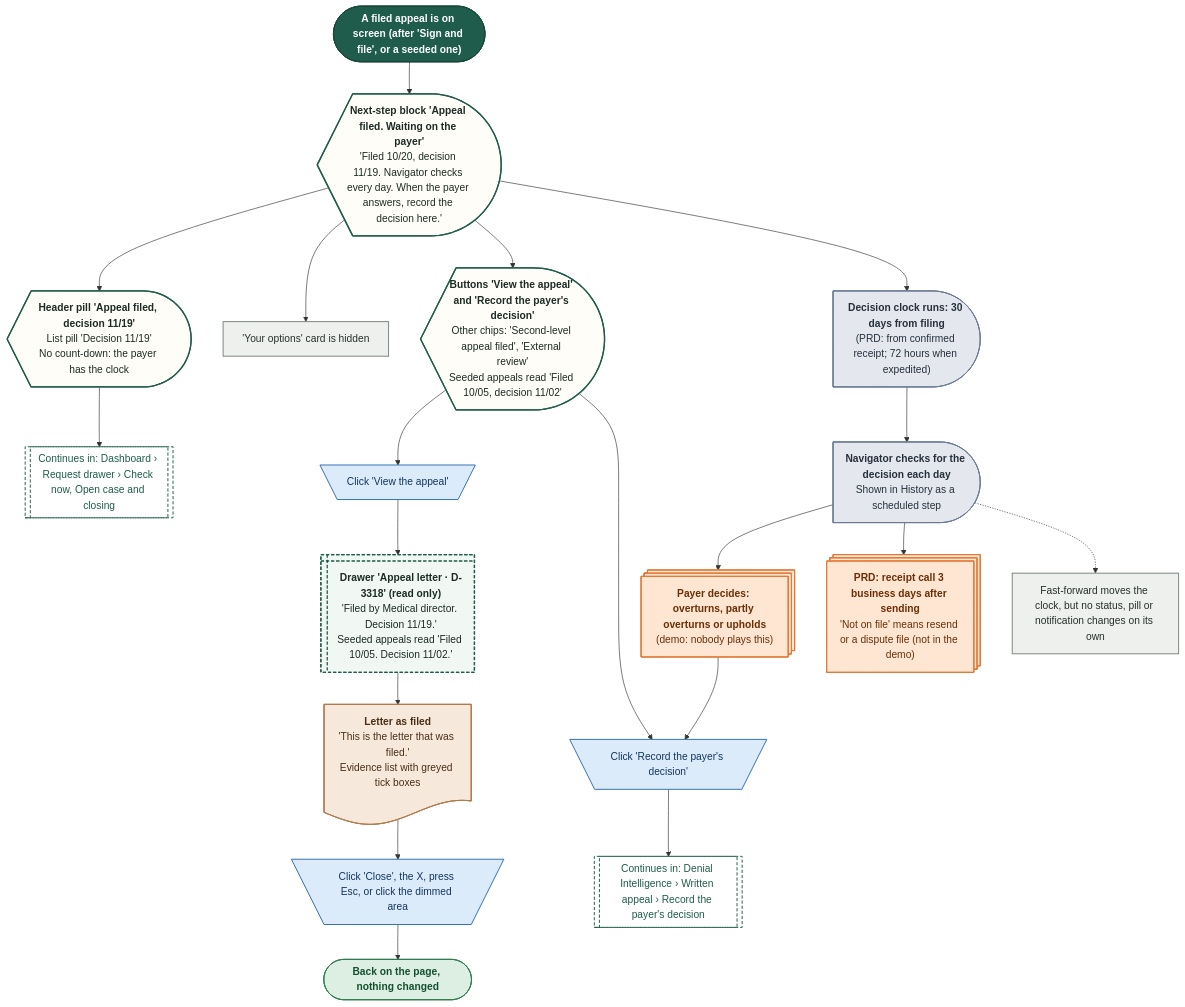
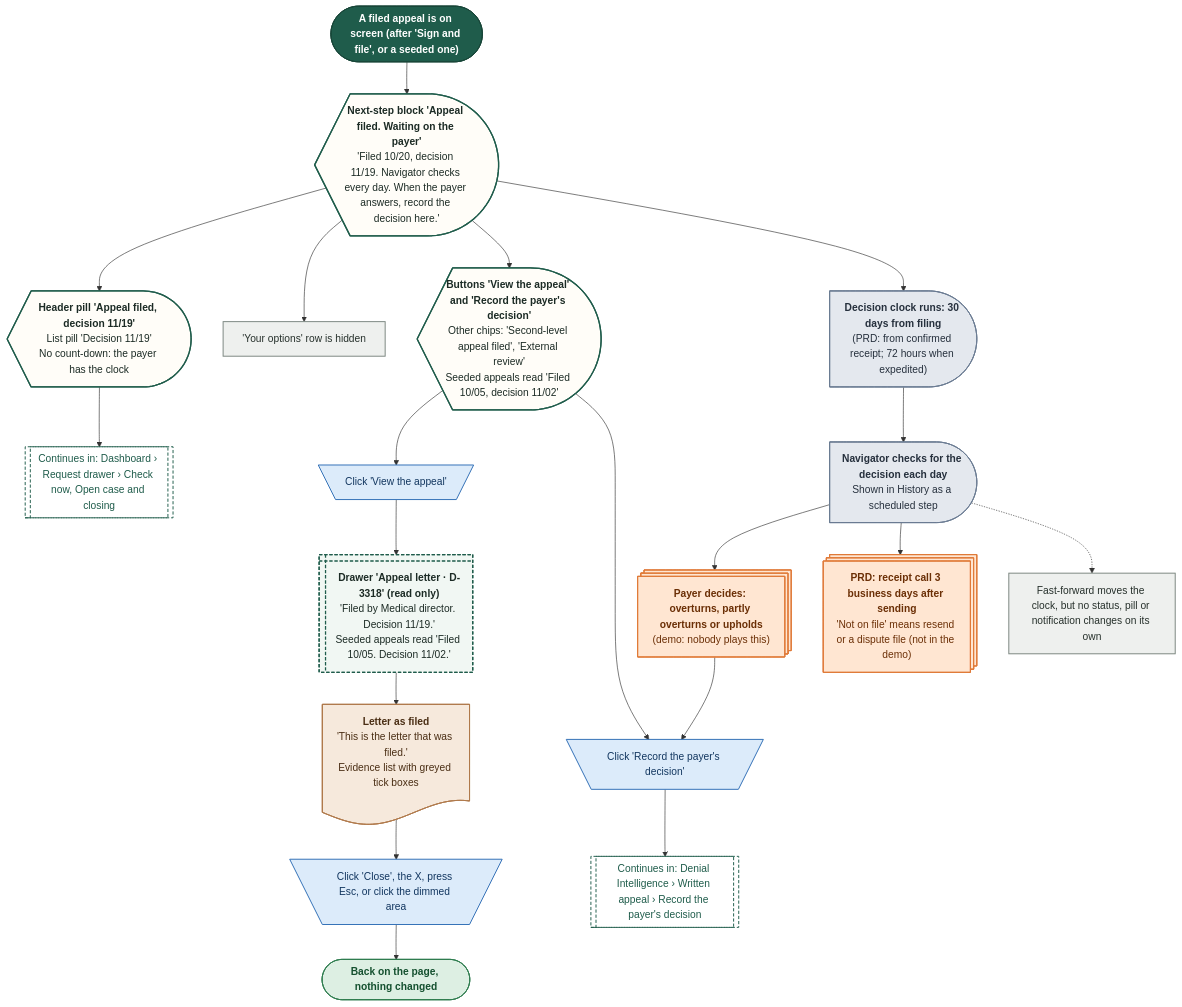
Diagram 20 of 28 in demos/prior-auth-demo/workflows/out/md/06-denials.md (Shrav143/psyfloapp), drawn with Mermaid before and after one commit. The commit also changed other lines of this file and 251 other files, not shown here.

First line of the commit message:
docs: rebuild the workflow diagrams (291) for round 4

````diff
--- a/demos/prior-auth-demo/workflows/out/md/06-denials.md
+++ b/demos/prior-auth-demo/workflows/out/md/06-denials.md
@@ -1493,58 +1586,58 @@
 ```mermaid
 %%{init: {"theme":"base","themeVariables":{"fontFamily":"'DM Sans', 'Segoe UI', system-ui, sans-serif","fontSize":"15px","lineColor":"#5B6B63","primaryTextColor":"#1C2B25","clusterBkg":"#FBF8F3","clusterBorder":"#D9CDBB","edgeLabelBackground":"#FFFFFF"},"flowchart":{"curve":"basis","nodeSpacing":36,"rankSpacing":48,"padding":12,"htmlLabels":true,"useMaxWidth":false,"wrappingWidth":230}} }%%
 flowchart TD
   classDef k_start fill:#1F5C4B,stroke:#174638,color:#FFFFFF,stroke-width:1.5px,font-weight:600
   classDef k_end fill:#DDEFE3,stroke:#2E7D4F,color:#14502F,stroke-width:1.5px,font-weight:600
   classDef k_endx fill:#FBE3E0,stroke:#C0392B,color:#7A1F16,stroke-width:1.5px,font-weight:600
   classDef k_screen fill:#FFFDF8,stroke:#1F5C4B,color:#1C2B25,stroke-width:2px
   classDef k_overlay fill:#F1F7F3,stroke:#1F5C4B,color:#1C2B25,stroke-width:2px,stroke-dasharray:5 3
   classDef k_click fill:#DCEBFA,stroke:#2F6DB5,color:#12365F,stroke-width:1.5px
   classDef k_input fill:#E4E7FF,stroke:#4C5FD5,color:#1D2670,stroke-width:1.5px
   classDef k_process fill:#EEF0EE,stroke:#7A857F,color:#26302B,stroke-width:1.5px
   classDef k_agent fill:#EEE5FA,stroke:#7A4FC2,color:#341A63,stroke-width:1.5px
   classDef k_decision fill:#FFF0CC,stroke:#D9962B,color:#5C3B00,stroke-width:1.5px
   classDef k_store fill:#D5F0EA,stroke:#1C8E7B,color:#0B4A3F,stroke-width:1.5px
   classDef k_doc fill:#F6E9DC,stroke:#B07A4C,color:#4A2E14,stroke-width:1.5px
   classDef k_ext fill:#FFE6D2,stroke:#E07B39,color:#6B2F06,stroke-width:1.5px
   classDef k_wait fill:#E4E8EE,stroke:#6B7C93,color:#26303D,stroke-width:1.5px
   classDef k_toast fill:#FFF9DB,stroke:#C9A400,color:#5A4A00,stroke-width:1.5px
   classDef k_goto fill:#FFFFFF,stroke:#1F5C4B,color:#1F5C4B,stroke-width:1.5px,stroke-dasharray:5 3
   s1@{ shape: stadium, label: "A filed appeal is on screen (after 'Sign and file', or a seeded one)" }
   b1@{ shape: curv-trap, label: "<b>Next-step block 'Appeal filed. Waiting on the payer'</b><br/>'Filed 10/20, decision 11/19. Navigator checks every day. When the payer answers, record the decision here.'" }
   b2@{ shape: curv-trap, label: "<b>Buttons 'View the appeal' and 'Record the payer's decision'</b><br/>Other chips: 'Second-level appeal filed', 'External review'<br/>Seeded appeals read 'Filed 10/05, decision 11/02'" }
   h1@{ shape: curv-trap, label: "<b>Header pill 'Appeal filed, decision 11/19'</b><br/>List pill 'Decision 11/19'<br/>No count-down: the payer has the clock" }
-  p0@{ shape: rect, label: "'Your options' card is hidden" }
+  p0@{ shape: rect, label: "'Your options' row is hidden" }
   c1@{ shape: trap-t, label: "Click 'View the appeal'" }
   o1@{ shape: win-pane, label: "<b>Drawer 'Appeal letter · D-3318' (read only)</b><br/>'Filed by Medical director. Decision 11/19.'<br/>Seeded appeals read 'Filed 10/05. Decision 11/02.'" }
   dc1@{ shape: doc, label: "<b>Letter as filed</b><br/>'This is the letter that was filed.'<br/>Evidence list with greyed tick boxes" }
   c2@{ shape: trap-t, label: "Click 'Close', the X, press Esc, or click the dimmed area" }
   w1@{ shape: delay, label: "<b>Decision clock runs: 30 days from filing</b><br/>(PRD: from confirmed receipt; 72 hours when expedited)" }
   w2@{ shape: delay, label: "<b>Navigator checks for the decision each day</b><br/>Shown in History as a scheduled step" }
   x1@{ shape: st-rect, label: "<b>PRD: receipt call 3 business days after sending</b><br/>'Not on file' means resend or a dispute file (not in the demo)" }
   p1@{ shape: rect, label: "Fast-forward moves the clock, but no status, pill or notification changes on its own" }
   x2@{ shape: st-rect, label: "<b>Payer decides: overturns, partly overturns or upholds</b><br/>(demo: nobody plays this)" }
   c3@{ shape: trap-t, label: "Click 'Record the payer's decision'" }
   e3@{ shape: stadium, label: "Back on the page, nothing changed" }
   g1@{ shape: subproc, label: "Continues in: Dashboard › Request drawer › Check now, Open case and closing" }
   g2@{ shape: subproc, label: "Continues in: Denial Intelligence › Written appeal › Record the payer's decision" }
   s1 --> b1 --> h1
   b1 --> p0
   b1 --> b2
   b2 --> c1 --> o1 --> dc1 --> c2 --> e3
   b1 --> w1 --> w2 --> x2
   w2 --> x1
   w2 -.-> p1
   x2 --> c3
   b2 --> c3 --> g2
   h1 --> g1
   class s1 k_start
   class b1,b2,h1 k_screen
   class p0,p1 k_process
   class c1,c2,c3 k_click
   class o1 k_overlay
   class dc1 k_doc
   class w1,w2 k_wait
   class x1,x2 k_ext
   class e3 k_end
   class g1,g2 k_goto
 ```
````
